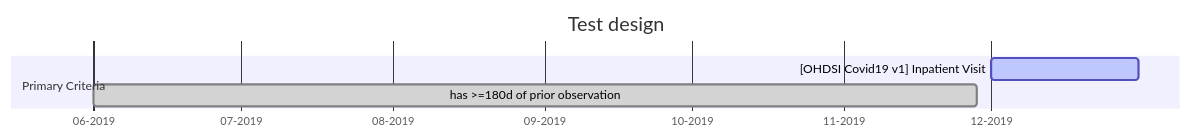
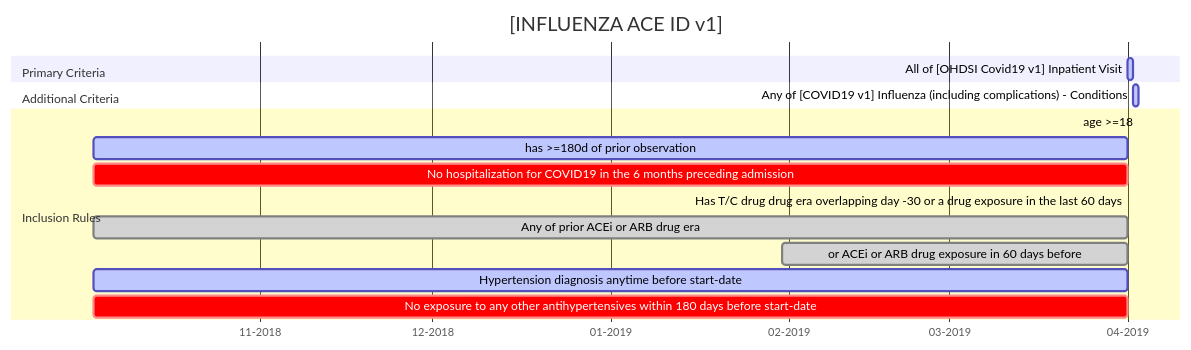
One commit to thehyve/ohdsi-covid19-site changed the first of 2 diagrams in content/study/ace-arb/index.md. Above: the diagram before and after it, drawn with Mermaid. The commit also changed other lines of this file and 1 other file, not shown here.

Commit message:
Update ACE example

````diff
--- a/content/study/ace-arb/index.md
+++ b/content/study/ace-arb/index.md
@@ -51,8 +47,20 @@
 ```mermaid
 gantt
+  %% http://atlas-covid19.ohdsi.org/#/cohortdefinition/609
+  %% See https://mermaid-js.github.io/mermaid/#/gantt for docs
   axisFormat %m-%Y
-  title Test design
+  title [INFLUENZA ACE ID v1]
   section Primary Criteria
-[OHDSI Covid19 v1] Inpatient Visit :active, index, 2019-12-01,30d
-  has >=180d of prior observation :done,prior,2019-06-01, 180d
+  All of [OHDSI Covid19 v1] Inpatient Visit :active, index, 2019-04-01,1d
+  section Additional Criteria
+  Any of [COVID19 v1] Influenza (including complications) - Conditions :active, after index, 1d
+  section Inclusion Rules
+  age >=18 :active,after index
+  has >=180d of prior observation :active,2018-10-03, 180d
+  No hospitalization for COVID19 in the 6 months preceding admission :crit,2018-10-03, 180d
+  Has T/C drug drug era overlapping day -30 or a drug exposure in the last 60 days :active,2018-10-03
+  Any of prior ACEi or ARB drug era :done,2018-10-03, 180d
+  or ACEi or ARB drug exposure in 60 days before :done,2019-01-31,60d
+  Hypertension diagnosis anytime before start-date  :active,2018-10-03, 180d
+  No exposure to any other antihypertensives within 180 days before start-date :crit,2018-10-03, 180d
 ```
````
